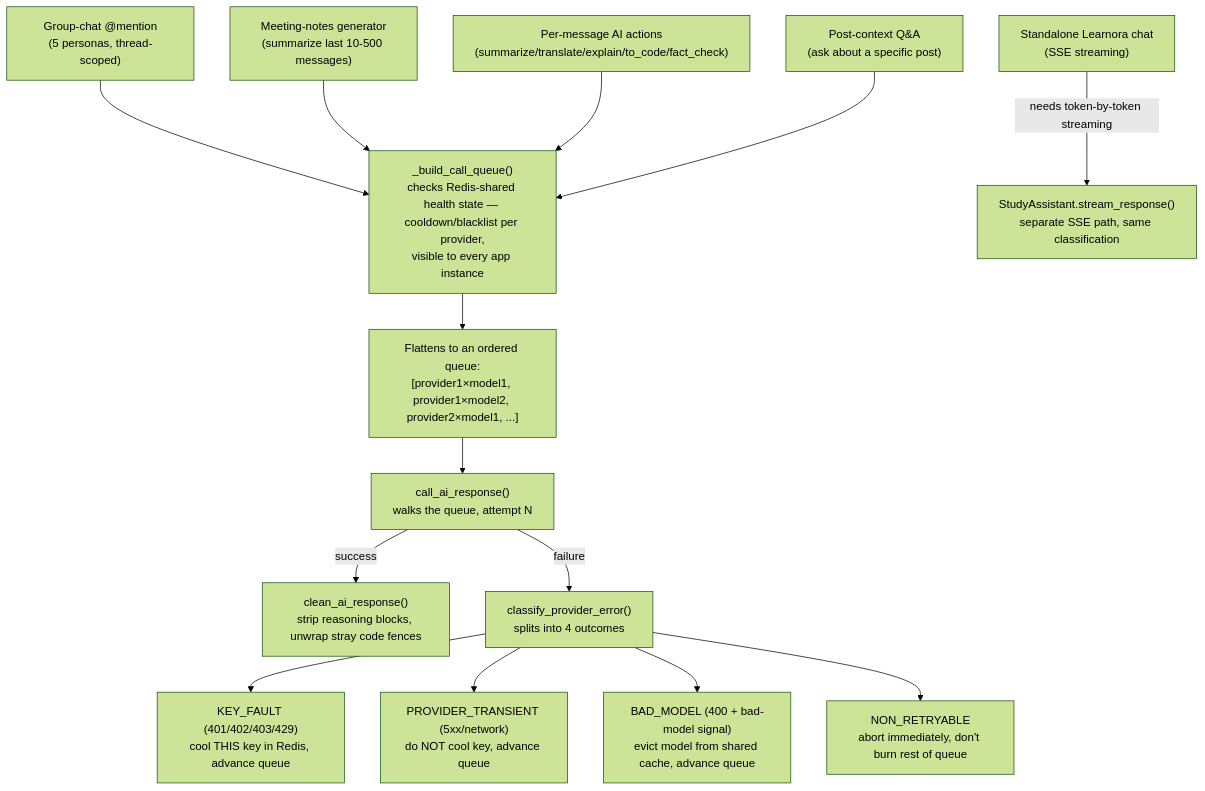
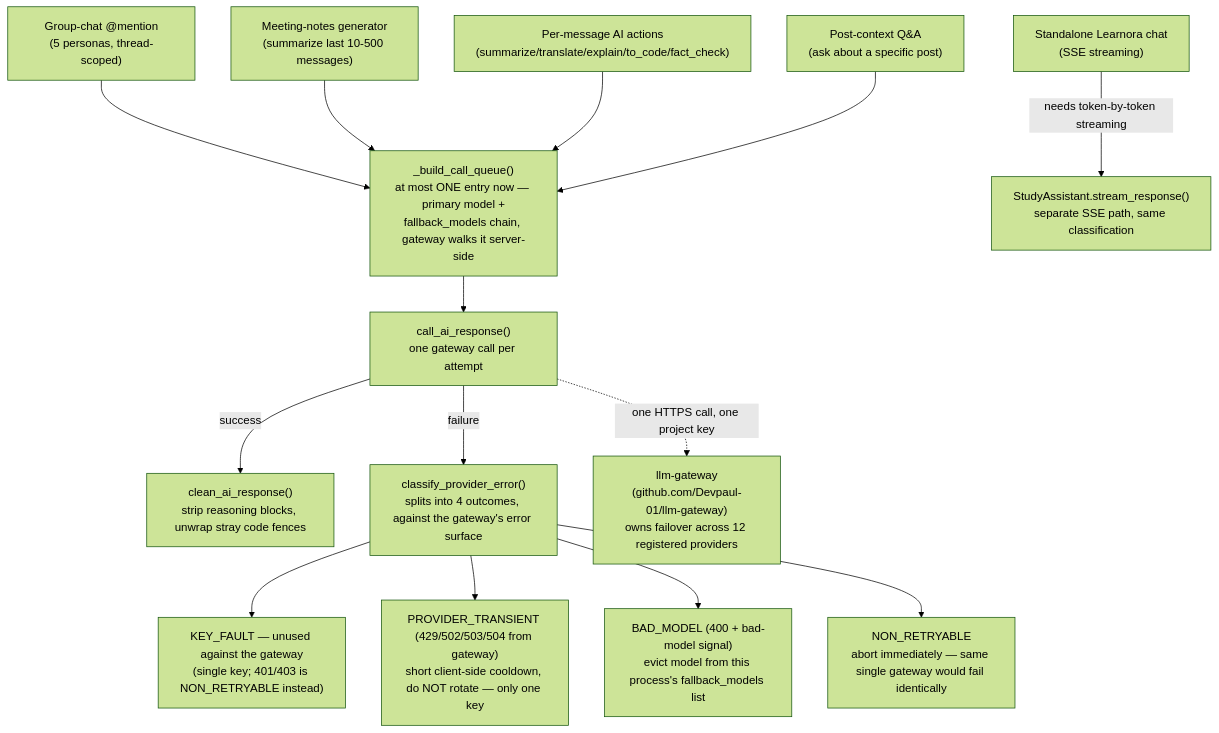
One commit to Devpaul-01/StudyHub changed diagram 12 of 14 in ARCHITECTURE.md. Above: the diagram before and after it, drawn with Mermaid (forest theme). The commit also changed other lines of this file and 1 other file, not shown here.

````diff
--- a/ARCHITECTURE.md
+++ b/ARCHITECTURE.md
@@ -464,21 +466,22 @@
 ```mermaid
 flowchart TB
     E1["Group-chat @mention<br/>(5 personas, thread-scoped)"]
     E2["Meeting-notes generator<br/>(summarize last 10-500 messages)"]
     E3["Per-message AI actions<br/>(summarize/translate/explain/to_code/fact_check)"]
     E4["Standalone Learnora chat<br/>(SSE streaming)"]
     E5["Post-context Q&A<br/>(ask about a specific post)"]
 
-    E1 & E2 & E3 & E5 --> QUEUE["_build_call_queue()<br/>checks Redis-shared health state — cooldown/blacklist per provider,<br/>visible to every app instance"]
-    QUEUE --> FLAT["Flattens to an ordered queue:<br/>[provider1×model1, provider1×model2, provider2×model1, ...]"]
-    FLAT --> CALL["call_ai_response()<br/>walks the queue, attempt N"]
+    E1 & E2 & E3 & E5 --> QUEUE["_build_call_queue()<br/>at most ONE entry now — primary model +<br/>fallback_models chain, gateway walks it server-side"]
+    QUEUE --> CALL["call_ai_response()<br/>one gateway call per attempt"]
     CALL -->|success| CLEAN["clean_ai_response()<br/>strip reasoning blocks, unwrap stray code fences"]
-    CALL -->|failure| CLASSIFY["classify_provider_error()<br/>splits into 4 outcomes"]
+    CALL -->|failure| CLASSIFY["classify_provider_error()<br/>splits into 4 outcomes, against the gateway's error surface"]
 
-    CLASSIFY --> KF["KEY_FAULT (401/402/403/429)<br/>cool THIS key in Redis, advance queue"]
-    CLASSIFY --> PT["PROVIDER_TRANSIENT (5xx/network)<br/>do NOT cool key, advance queue"]
-    CLASSIFY --> BM["BAD_MODEL (400 + bad-model signal)<br/>evict model from shared cache, advance queue"]
-    CLASSIFY --> NR["NON_RETRYABLE<br/>abort immediately, don't burn rest of queue"]
+    CLASSIFY --> KF["KEY_FAULT — unused against the gateway<br/>(single key; 401/403 is NON_RETRYABLE instead)"]
+    CLASSIFY --> PT["PROVIDER_TRANSIENT (429/502/503/504 from gateway)<br/>short client-side cooldown, do NOT rotate — only one key"]
+    CLASSIFY --> BM["BAD_MODEL (400 + bad-model signal)<br/>evict model from this process's fallback_models list"]
+    CLASSIFY --> NR["NON_RETRYABLE<br/>abort immediately — same single gateway would fail identically"]
 
     E4 -->|"needs token-by-token streaming"| STREAM["StudyAssistant.stream_response()<br/>separate SSE path, same classification"]
+
+    CALL -.->|"one HTTPS call, one project key"| GW["llm-gateway<br/>(github.com/Devpaul-01/llm-gateway)<br/>owns failover across 12 registered providers"]
 ```
````
